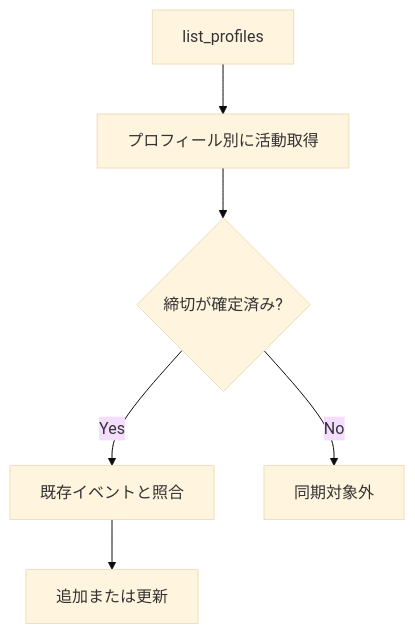
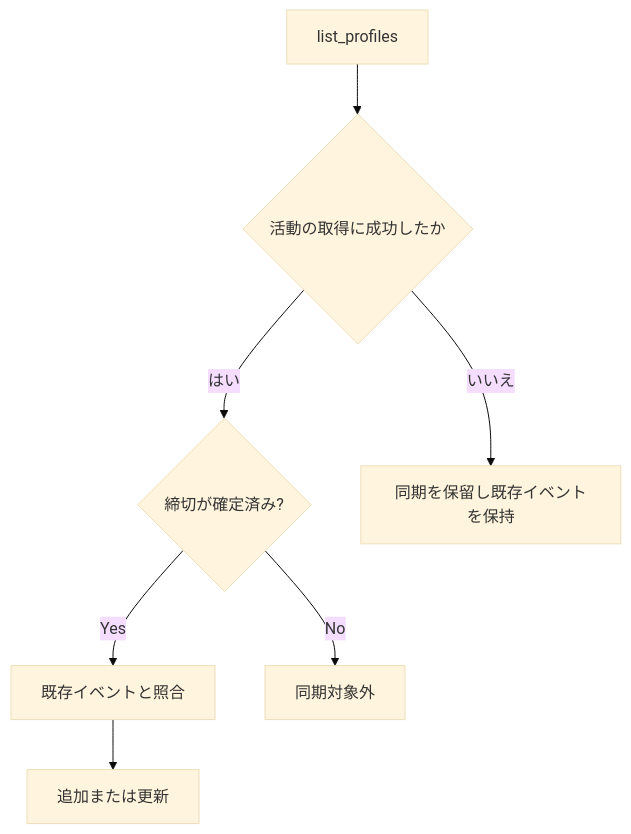
One commit to kurosiko/trail changed the diagram in src/content/posts/Knowledge/moodle-calendar-profile-sync.md. Above: the diagram before and after it, drawn with Mermaid (base theme). The commit also changed other lines of this file and 67 other files, not shown here.

````diff
--- a/src/content/posts/Knowledge/moodle-calendar-profile-sync.md
+++ b/src/content/posts/Knowledge/moodle-calendar-profile-sync.md
@@ -23,8 +21,10 @@
 ```mermaid
 flowchart TD
-  A[list_profiles] --> B[プロフィール別に活動取得]
-  B --> C{締切が確定済み?}
+  accTitle: プロフィール別に同期し取得失敗時は保留
+  A[list_profiles] --> B{活動の取得に成功したか}
+  B -->|はい| C{締切が確定済み?}
+  B -->|いいえ| G[同期を保留し既存イベントを保持]
   C -->|Yes| D[既存イベントと照合]
   D --> E[追加または更新]
   C -->|No| F[同期対象外]
 ```
````
